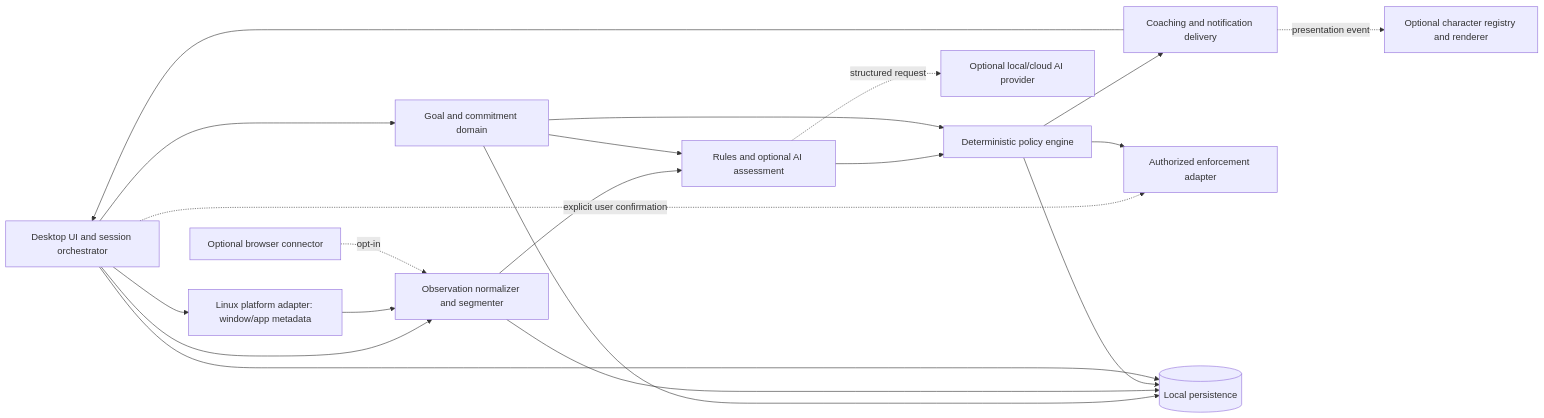
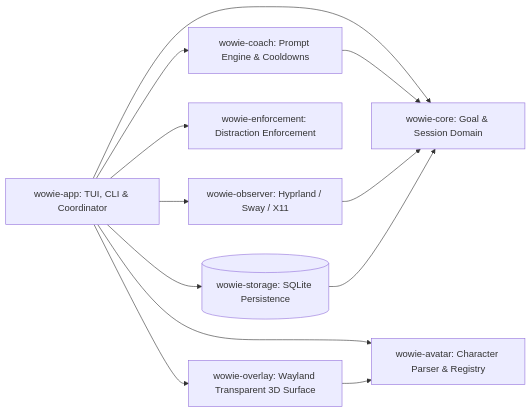
The diagram in docs/ARCHITECTURE.md (vijaygovindBiju/Wowie-), drawn with Mermaid before and after one commit. The commit also changed other lines of this file and 144 other files, not shown here.

First line of the commit message:
feat: implement Wowie MVP with AI coach, Linux observer, 3D overlay, and enforcement

````diff
--- a/docs/ARCHITECTURE.md
+++ b/docs/ARCHITECTURE.md
@@ -16,34 +15,23 @@
 ```mermaid
 flowchart LR
-  UI[Desktop UI and session orchestrator]
-  Platform[Linux platform adapter: window/app metadata]
-  Browser[Optional browser connector]
-  Normalize[Observation normalizer and segmenter]
-  Goals[Goal and commitment domain]
-  Assess[Rules and optional AI assessment]
-  Policy[Deterministic policy engine]
-  Coach[Coaching and notification delivery]
-  Character[Optional character registry and renderer]
-  Enforce[Authorized enforcement adapter]
-  Store[(Local persistence)]
-  Provider[Optional local/cloud AI provider]
+  UI[wowie-app: TUI, CLI & Coordinator]
+  Platform[wowie-observer: Hyprland / Sway / X11]
+  Goals[wowie-core: Goal & Session Domain]
+  Assess[wowie-coach: Prompt Engine & Cooldowns]
+  Policy[wowie-enforcement: Distraction Enforcement]
+  Avatar[wowie-avatar: Character Parser & Registry]
+  Overlay[wowie-overlay: Wayland Transparent 3D Surface]
+  Store[(wowie-storage: SQLite Persistence)]
+
   UI --> Goals
   UI --> Platform
-  UI --> Normalize
-  Platform --> Normalize
-  Browser -. opt-in .-> Normalize
-  Normalize --> Assess
-  Goals --> Assess
-  Assess --> Policy
-  Goals --> Policy
-  Policy --> Coach
-  Coach --> UI
-  Coach -. presentation event .-> Character
-  UI -. explicit user confirmation .-> Enforce
-  Policy --> Enforce
-  Assess -. structured request .-> Provider
-  Goals --> Store
-  Normalize --> Store
-  Policy --> Store
+  UI --> Assess
+  UI --> Policy
+  UI --> Avatar
+  UI --> Overlay
   UI --> Store
+  Assess --> Goals
+  Platform --> Goals
+  Store --> Goals
+  Overlay --> Avatar
 ```
````
